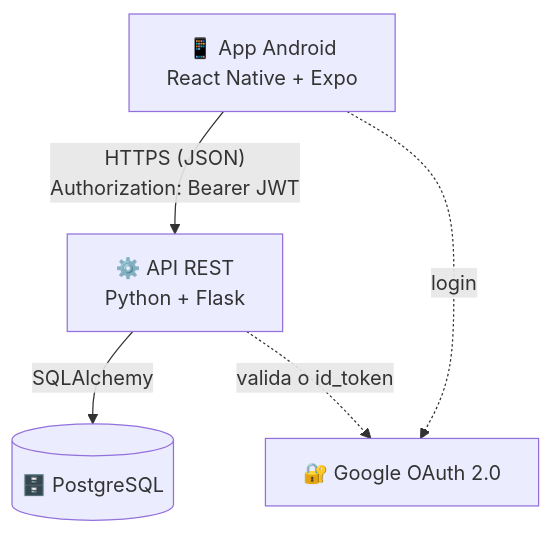
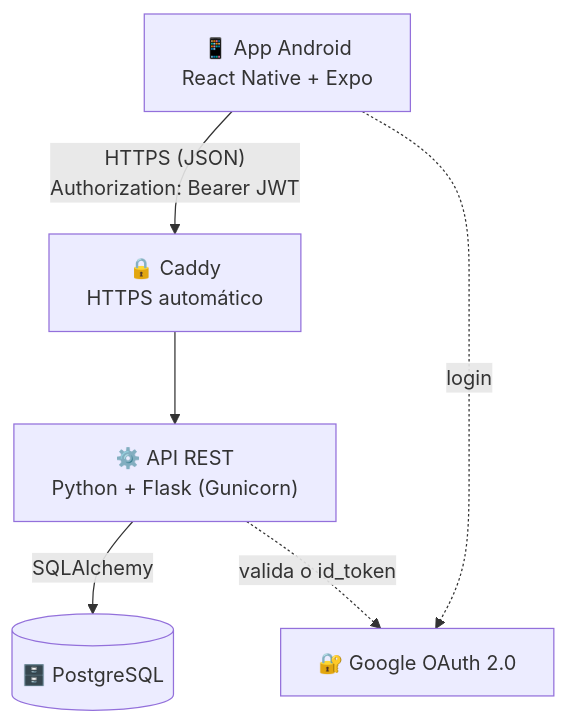
The first of 2 diagrams in docs/arquitetura.md (PAJEGUES/duo-cash), drawn with Mermaid before and after one commit. The commit also changed other lines of this file and 124 other files, not shown here.

First line of the commit message:
feat: primeira versão do app Android, API e implantação (v0.1.0)

````diff
--- a/docs/arquitetura.md
+++ b/docs/arquitetura.md
@@ -7,7 +7,8 @@
 ```mermaid
 flowchart TD
-    A["📱 App Android<br/>React Native + Expo"] -->|"HTTPS (JSON)<br/>Authorization: Bearer JWT"| B["⚙️ API REST<br/>Python + Flask"]
+    A["📱 App Android<br/>React Native + Expo"] -->|"HTTPS (JSON)<br/>Authorization: Bearer JWT"| P["🔒 Caddy<br/>HTTPS automático"]
+    P --> B["⚙️ API REST<br/>Python + Flask (Gunicorn)"]
     B -->|SQLAlchemy| C[("🗄️ PostgreSQL")]
     A -.->|login| D["🔐 Google OAuth 2.0"]
     B -.->|valida o id_token| D
 ```
````
